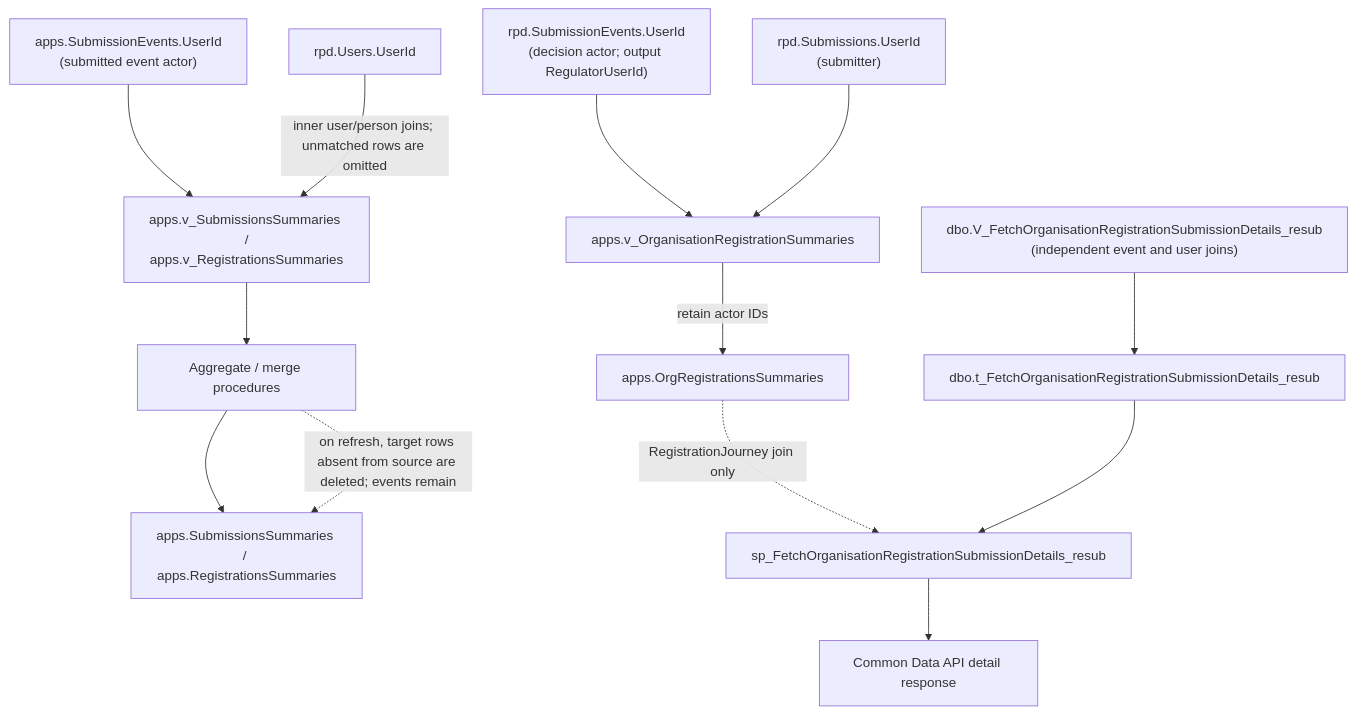
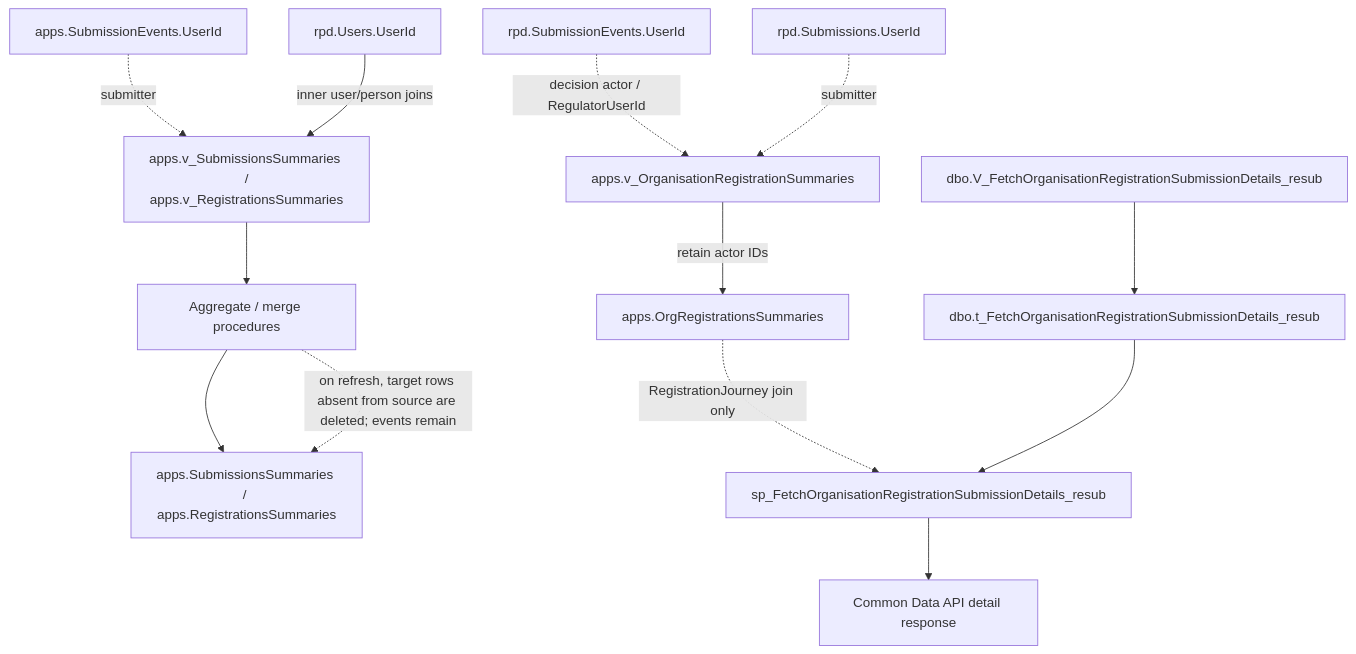
One commit to DEFRA/epr-data-sqldb changed the fourth of 6 diagrams in docs/identity_provider_EntraID/rpd-users-userid-entra-migration.md. Above: the diagram before and after it, drawn with Mermaid. The commit also changed other lines of this file, not shown here.

Commit message:
further simplifying rpd-users-userid-entra-migration.md

````diff
--- a/docs/identity_provider_EntraID/rpd-users-userid-entra-migration.md
+++ b/docs/identity_provider_EntraID/rpd-users-userid-entra-migration.md
@@ -69,16 +69,16 @@
 ```mermaid
 flowchart TB
-    AppEvents["apps.SubmissionEvents.UserId\n(submitted event actor)"] --> SummaryViews["apps.v_SubmissionsSummaries /\napps.v_RegistrationsSummaries"]
-    RpdUser["rpd.Users.UserId"] -->|"inner user/person joins; unmatched rows are omitted"| SummaryViews
+    AppEvents["apps.SubmissionEvents.UserId"] -. "submitter" .-> SummaryViews["apps.v_SubmissionsSummaries /\napps.v_RegistrationsSummaries"]
+    RpdUser["rpd.Users.UserId"] -->|"inner user/person joins"| SummaryViews
     SummaryViews --> Merge["Aggregate / merge procedures"]
     Merge --> SummaryTables["apps.SubmissionsSummaries / apps.RegistrationsSummaries"]
     Merge -. "on refresh, target rows absent from source are deleted; events remain" .-> SummaryTables
 
-    RpdDecisionEvents["rpd.SubmissionEvents.UserId\n(decision actor; output RegulatorUserId)"] --> OrgRegView["apps.v_OrganisationRegistrationSummaries"]
-    RpdSubmissions["rpd.Submissions.UserId\n(submitter)"] --> OrgRegView
+    RpdDecisionEvents["rpd.SubmissionEvents.UserId"] -. "decision actor / RegulatorUserId" .-> OrgRegView["apps.v_OrganisationRegistrationSummaries"]
+    RpdSubmissions["rpd.Submissions.UserId\n"] -. "submitter" .-> OrgRegView
     OrgRegView -->|"retain actor IDs"| OrgRegTable["apps.OrgRegistrationsSummaries"]
     OrgRegTable -. "RegistrationJourney join only" .-> DetailProc["sp_FetchOrganisationRegistrationSubmissionDetails_resub"]
-    DetailView["dbo.V_FetchOrganisationRegistrationSubmissionDetails_resub\n(independent event and user joins)"] --> DetailTable["dbo.t_FetchOrganisationRegistrationSubmissionDetails_resub"]
+    DetailView["dbo.V_FetchOrganisationRegistrationSubmissionDetails_resub"] --> DetailTable["dbo.t_FetchOrganisationRegistrationSubmissionDetails_resub"]
     DetailTable --> DetailProc
     DetailProc --> DetailAPI["Common Data API detail response"]
 ```
````
